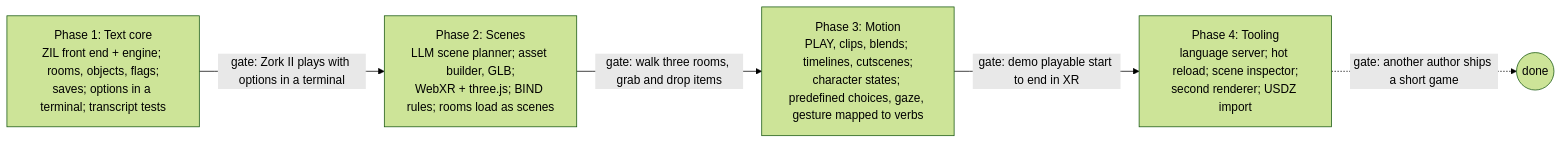
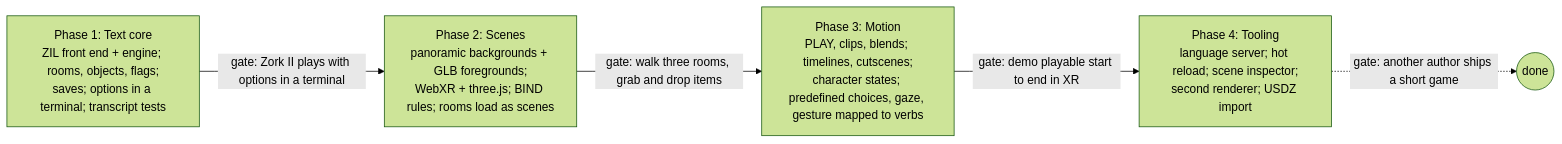
One commit to kariato/zxr changed the third of 3 diagrams in docs/design.md. Above: the diagram before and after it, drawn with Mermaid (forest theme). The commit also changed other lines of this file and 468 other files, not shown here.

First line of the commit message:
Add 3D lair/barrow scenes, object actions, room narration and asset tooling

````diff
--- a/docs/design.md
+++ b/docs/design.md
@@ -452,11 +513,11 @@
 ```mermaid
 flowchart LR
   P1["Phase 1: Text core<br/>ZIL front end + engine; rooms, objects, flags;<br/>saves; options in a terminal; transcript tests"]
-  P2["Phase 2: Scenes<br/>LLM scene planner; asset builder, GLB;<br/>WebXR + three.js; BIND rules; rooms load as scenes"]
+  P2["Phase 2: Scenes<br/>panoramic backgrounds + GLB foregrounds;<br/>WebXR + three.js; BIND rules; rooms load as scenes"]
   P3["Phase 3: Motion<br/>PLAY, clips, blends; timelines, cutscenes;<br/>character states; predefined choices, gaze, gesture mapped to verbs"]
   P4["Phase 4: Tooling<br/>language server; hot reload; scene inspector;<br/>second renderer; USDZ import"]
   P1 -- "gate: Zork II plays with options in a terminal" --> P2
   P2 -- "gate: walk three rooms, grab and drop items" --> P3
   P3 -- "gate: demo playable start to end in XR" --> P4
   P4 -. "gate: another author ships a short game" .-> DONE((done))
 ```
````
